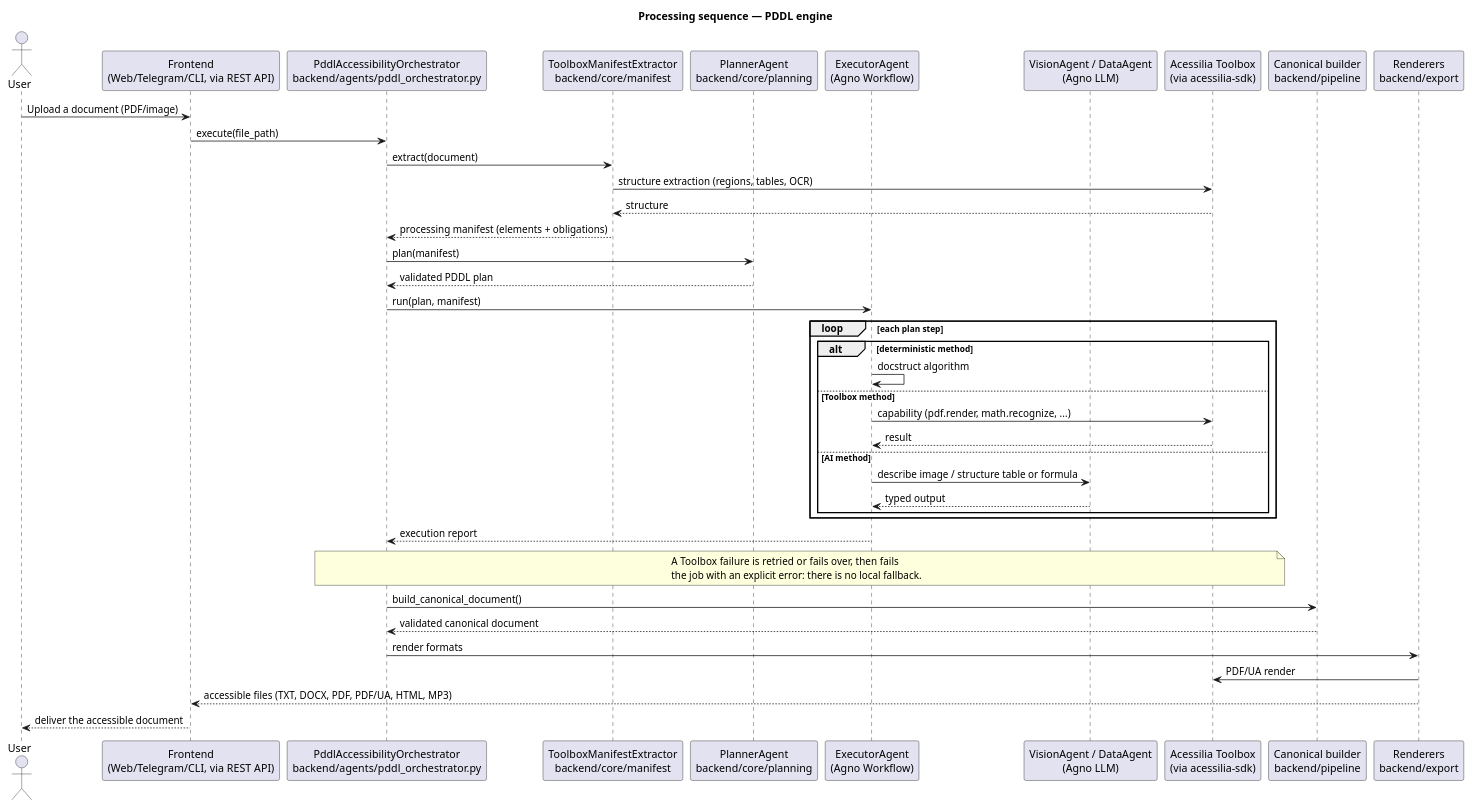
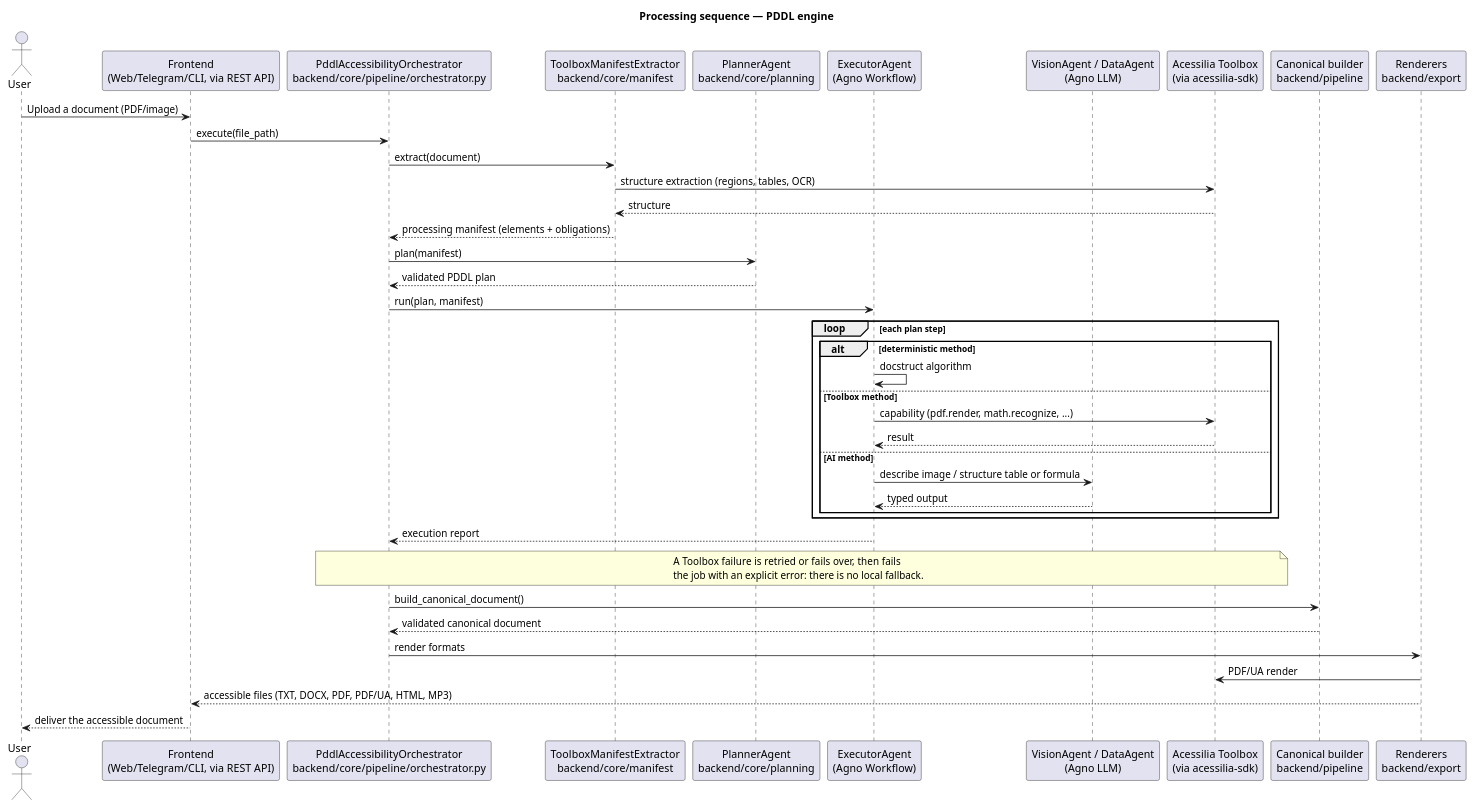
The diagram in docs/sequence/document_processing_sequence.puml (A11yDevs/acessilia), drawn with PlantUML before and after one commit. The commit also changed 45 other files, not shown here.

First line of the commit message:
refactor(core): move the orchestrator class to backend/core/pipeline (#402)

```diff
--- a/docs/sequence/document_processing_sequence.puml
+++ b/docs/sequence/document_processing_sequence.puml
@@ -1,55 +1,55 @@
 @startuml document_processing_sequence
 skinparam shadowing false
 
 title Processing sequence — PDDL engine
 
 actor User
 participant "Frontend\n(Web/Telegram/CLI, via REST API)" as Front
-participant "PddlAccessibilityOrchestrator\nbackend/agents/pddl_orchestrator.py" as Orchestrator
+participant "PddlAccessibilityOrchestrator\nbackend/core/pipeline/orchestrator.py" as Orchestrator
 participant "ToolboxManifestExtractor\nbackend/core/manifest" as Manifest
 participant "PlannerAgent\nbackend/core/planning" as Planner
 participant "ExecutorAgent\n(Agno Workflow)" as Executor
 participant "VisionAgent / DataAgent\n(Agno LLM)" as Agents
 participant "Acessilia Toolbox\n(via acessilia-sdk)" as Toolbox
 participant "Canonical builder\nbackend/pipeline" as Builder
 participant "Renderers\nbackend/export" as Export
 
 User -> Front: Upload a document (PDF/image)
 Front -> Orchestrator: execute(file_path)
 
 Orchestrator -> Manifest: extract(document)
 Manifest -> Toolbox: structure extraction (regions, tables, OCR)
 Toolbox --> Manifest: structure
 Manifest --> Orchestrator: processing manifest (elements + obligations)
 
 Orchestrator -> Planner: plan(manifest)
 Planner --> Orchestrator: validated PDDL plan
 
 Orchestrator -> Executor: run(plan, manifest)
 loop each plan step
   alt deterministic method
     Executor -> Executor: docstruct algorithm
   else Toolbox method
     Executor -> Toolbox: capability (pdf.render, math.recognize, ...)
     Toolbox --> Executor: result
   else AI method
     Executor -> Agents: describe image / structure table or formula
     Agents --> Executor: typed output
   end
 end
 Executor --> Orchestrator: execution report
 
 note over Orchestrator, Toolbox
   A Toolbox failure is retried or fails over, then fails
   the job with an explicit error: there is no local fallback.
 end note
 
 Orchestrator -> Builder: build_canonical_document()
 Builder --> Orchestrator: validated canonical document
 
 Orchestrator -> Export: render formats
 Export -> Toolbox: PDF/UA render
 Export --> Front: accessible files (TXT, DOCX, PDF, PDF/UA, HTML, MP3)
 Front --> User: deliver the accessible document
 
 @enduml
```
